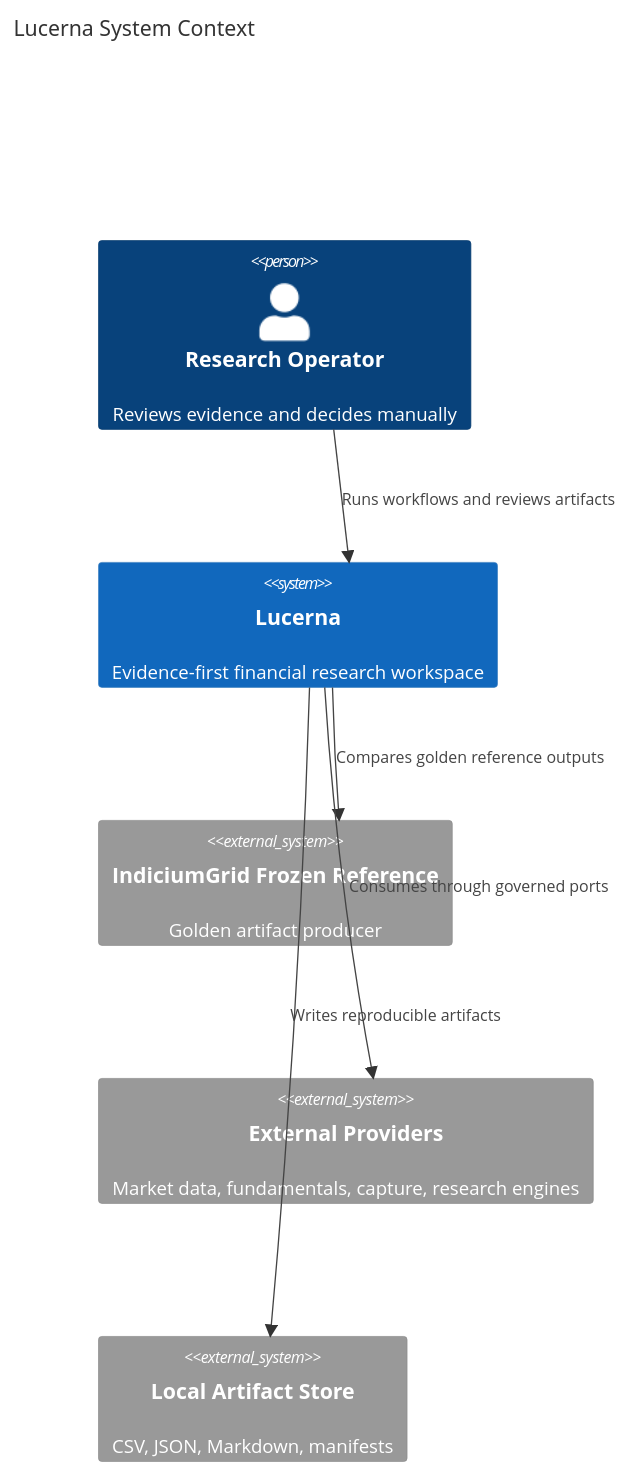
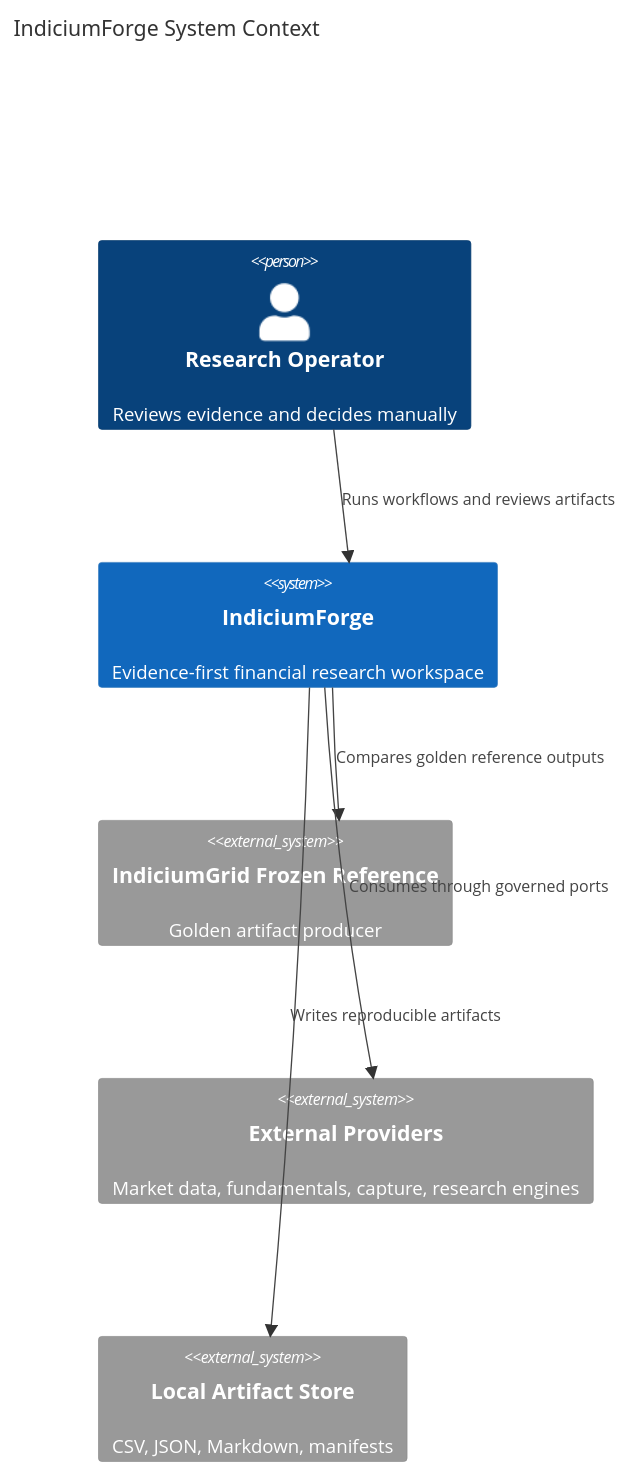
One commit to Cavaradossi/indiciumforge changed the diagram in docs/diagrams/context.md. Above: the diagram before and after it, drawn with Mermaid. The commit also changed other lines of this file and 321 other files, not shown here.

First line of the commit message:
feat: rebrand Lucerna to IndiciumForge (v2.0.0)

````diff
--- a/docs/diagrams/context.md
+++ b/docs/diagrams/context.md
@@ -3,13 +3,13 @@
 ```mermaid
 C4Context
-title Lucerna System Context
+title IndiciumForge System Context
 Person(operator, "Research Operator", "Reviews evidence and decides manually")
-System(lucerna, "Lucerna", "Evidence-first financial research workspace")
+System(indiciumforge, "IndiciumForge", "Evidence-first financial research workspace")
 System_Ext(indiciumgrid, "IndiciumGrid Frozen Reference", "Golden artifact producer")
 System_Ext(providers, "External Providers", "Market data, fundamentals, capture, research engines")
 System_Ext(localfs, "Local Artifact Store", "CSV, JSON, Markdown, manifests")
-Rel(operator, lucerna, "Runs workflows and reviews artifacts")
-Rel(lucerna, indiciumgrid, "Compares golden reference outputs")
-Rel(lucerna, providers, "Consumes through governed ports")
-Rel(lucerna, localfs, "Writes reproducible artifacts")
+Rel(operator, indiciumforge, "Runs workflows and reviews artifacts")
+Rel(indiciumforge, indiciumgrid, "Compares golden reference outputs")
+Rel(indiciumforge, providers, "Consumes through governed ports")
+Rel(indiciumforge, localfs, "Writes reproducible artifacts")
 ```
````
